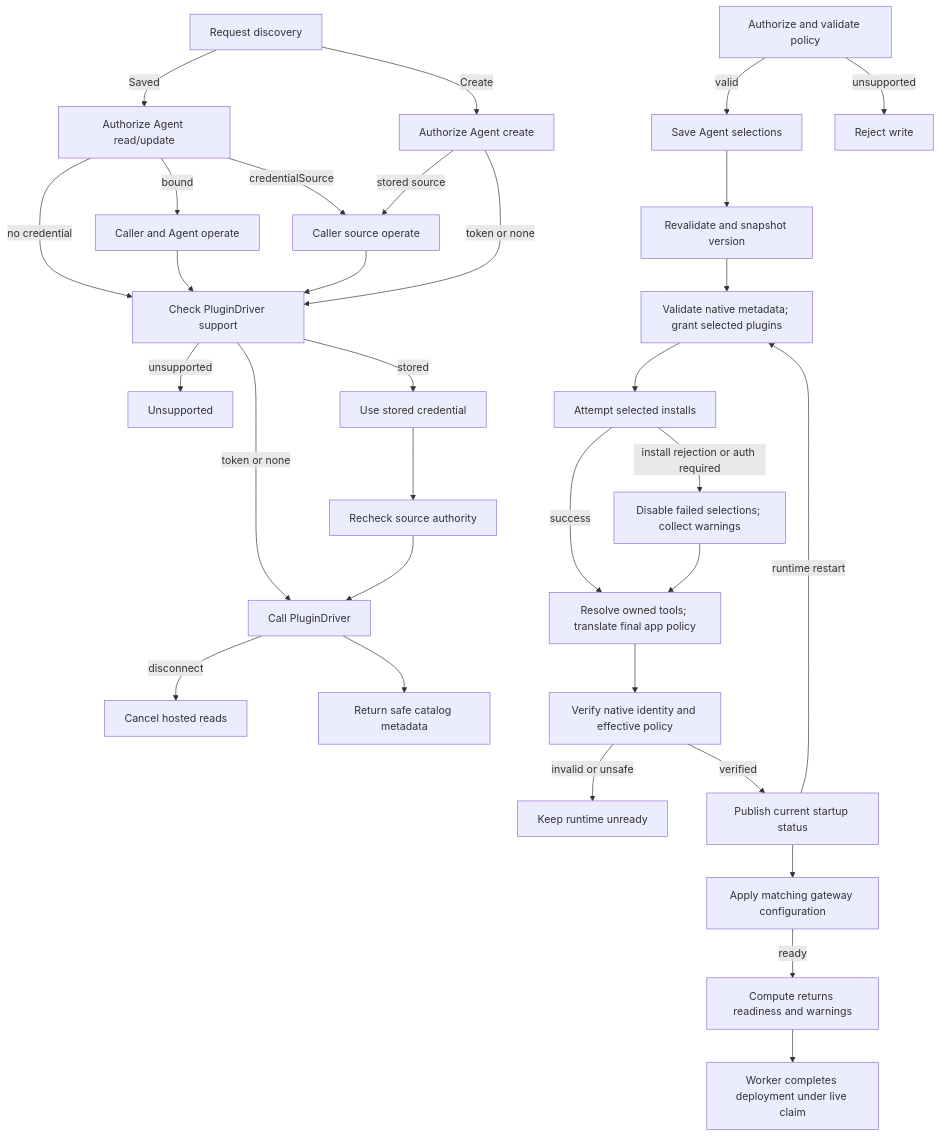
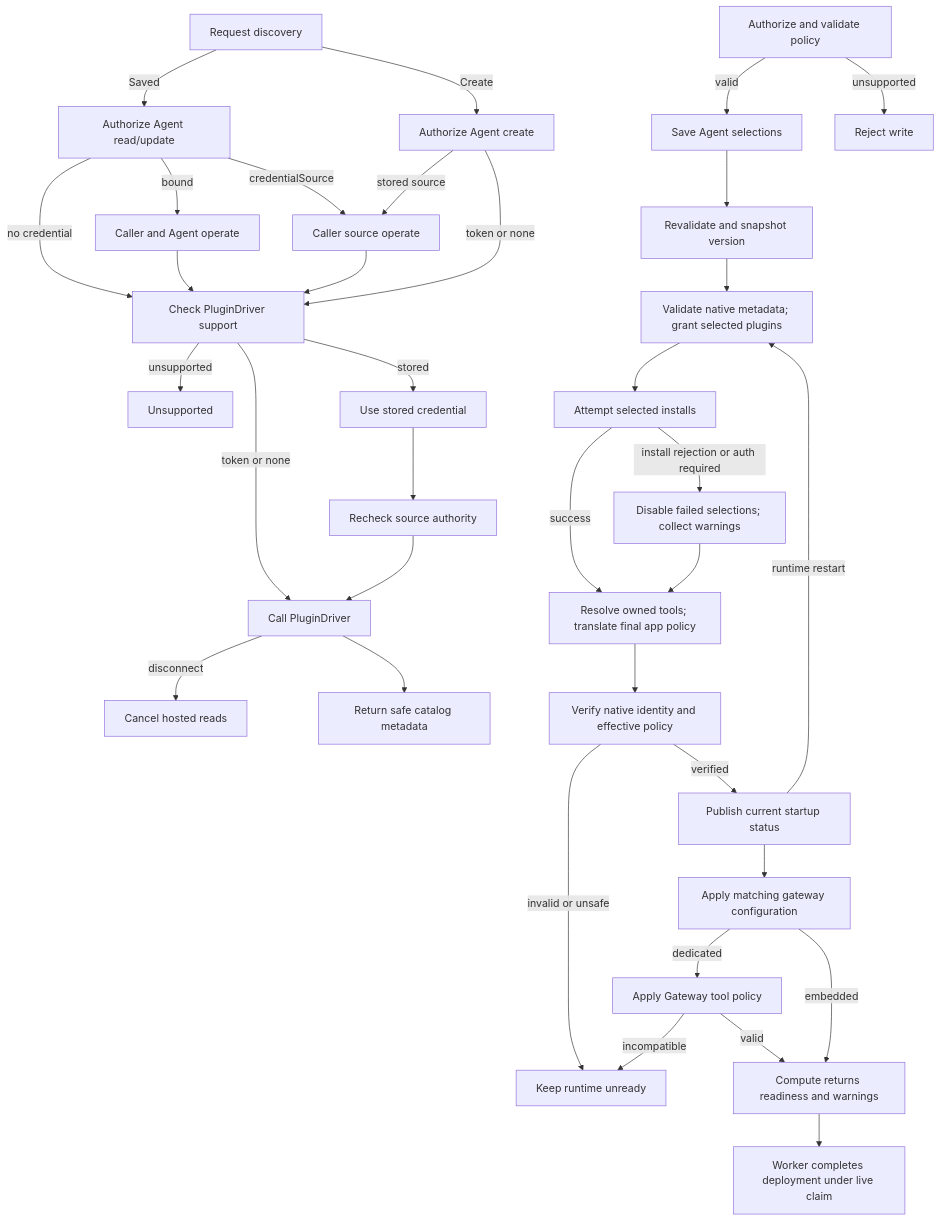
Before and after one commit to RaymondMcCreesh/openclaw-enterprise: the diagram in docs/flows/agent-plugins.md, drawn with Mermaid. The commit also changed other lines of this file and 60 other files, not shown here.

First line of the commit message:
feat(runtime): apply Gateway tool policy to dedicated OCE deployments (#2633)

````diff
--- a/docs/flows/agent-plugins.md
+++ b/docs/flows/agent-plugins.md
@@ -30,30 +30,33 @@
 ```mermaid
 graph TD
   D0["Request discovery"] -->|Create| D1["Authorize Agent create"]
   D0 -->|Saved| E0["Authorize Agent read/update"]
   E0 -->|no credential| D6
   E0 -->|bound| E1["Caller and Agent operate"] --> D6
   E0 -->|credentialSource| D2
   D1 -->|stored source| D2["Caller source operate"] --> D6["Check PluginDriver support"]
   D1 -->|token or none| D6
   D6 -->|unsupported| D7["Unsupported"]
   D6 -->|token or none| D4["Call PluginDriver"]
   D6 -->|stored| D3["Use stored credential"] --> E3["Recheck source authority"] --> D4
   D4 -->|disconnect| D8["Cancel hosted reads"]
   D4 --> D5["Return safe catalog metadata"]
   A["Authorize and validate policy"] -->|valid| S["Save Agent selections"]
   A -->|unsupported| Y["Reject write"]
   S --> B["Revalidate and snapshot version"]
   B --> C["Validate native metadata; grant selected plugins"]
   C --> D["Attempt selected installs"]
   D -->|install rejection or auth required| E["Disable failed selections; collect warnings"]
   D -->|success| T["Resolve owned tools; translate final app policy"]
   E --> T
   T --> F["Verify native identity and effective policy"]
   F -->|invalid or unsafe| X["Keep runtime unready"]
   F -->|verified| G["Publish current startup status"]
   G --> H["Apply matching gateway configuration"]
-  H -->|ready| I["Compute returns readiness and warnings"]
+  H -->|dedicated| P["Apply Gateway tool policy"]
+  P -->|incompatible| X
+  P -->|valid| I
+  H -->|embedded| I["Compute returns readiness and warnings"]
   I --> J["Worker completes deployment under live claim"]
   G -->|runtime restart| C
 ```
````
